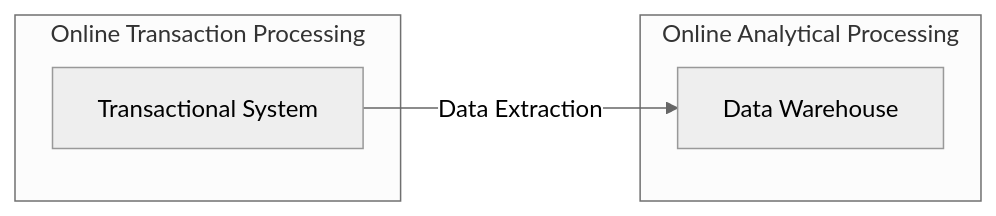
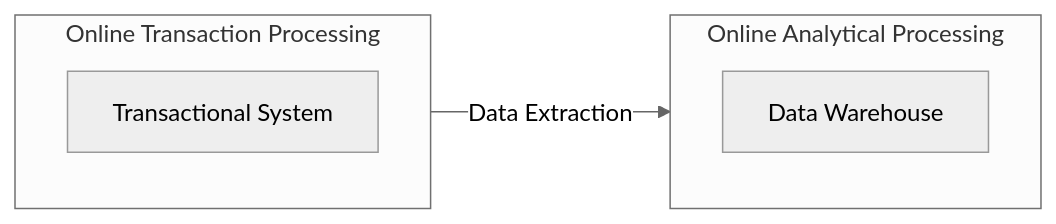
The second of 3 diagrams in data_management_evolution.md (goelkiran/learnDataLakeHouses), drawn with Mermaid (neutral theme) before and after one commit.

Commit message:
improved the diagram

````diff
--- a/data_management_evolution.md
+++ b/data_management_evolution.md
@@ -95,10 +95,12 @@
 ```mermaid
 flowchart LR
-    subgraph OLTP [Online Transaction Processing]
-      OLTP1[Transactional System]
-    end
-    subgraph OLAP [Online Analytical Processing]
-      OLAP1[Data Warehouse]
-    end
-    OLTP1 -->|Data Extraction| OLAP1
+  subgraph OLTP [Online Transaction Processing]
+    direction TB
+    OLTP1[Transactional System]
+  end
+  subgraph OLAP [Online Analytical Processing]
+    direction TB
+    OLAP1[Data Warehouse]
+  end
+  OLTP1 -->|Data Extraction| OLAP1
 ```
````
